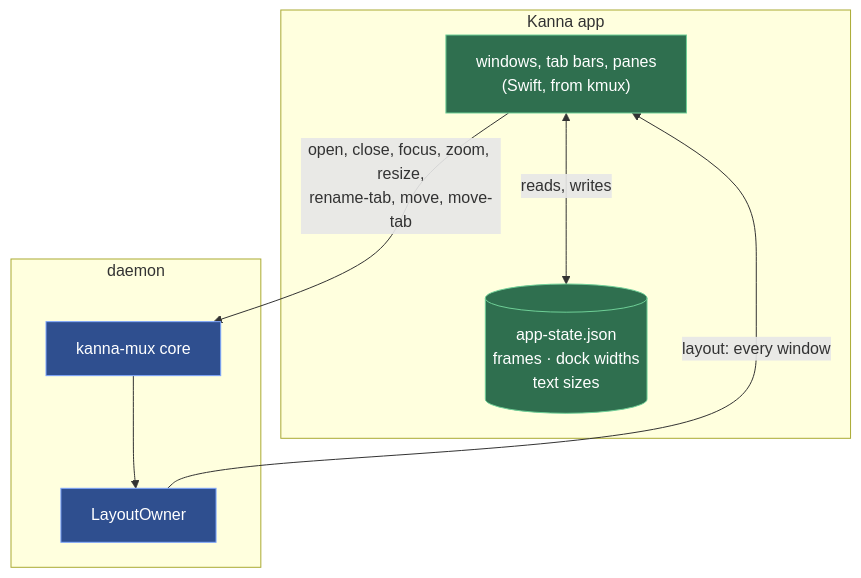
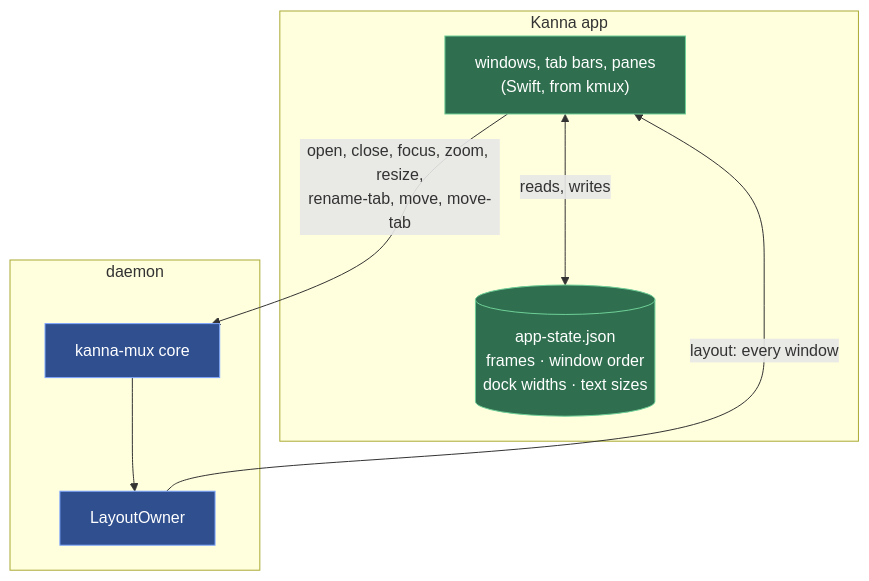
One commit to tampopogk/kanna changed the first of 2 diagrams in docs/specs/windows.md. Above: the diagram before and after it, drawn with Mermaid. The commit also changed other lines of this file and 30 other files, not shown here.

````diff
--- a/docs/specs/windows.md
+++ b/docs/specs/windows.md
@@ -28,17 +28,17 @@
 ```mermaid
 flowchart TB
     subgraph A["Kanna app"]
         UI["windows, tab bars, panes<br/>(Swift, from kmux)"]
-        PH[("app-state.json<br/>frames · dock widths<br/>text sizes")]
+        PH[("app-state.json<br/>frames · window order<br/>dock widths · text sizes")]
         UI <-->|"reads, writes"| PH
     end
     subgraph D["daemon"]
         CORE["kanna-mux core"] --> OWNER["LayoutOwner"]
     end
     UI -->|"open, close, focus, zoom, resize,<br/>rename-tab, move, move-tab"| CORE
     OWNER -->|"layout: every window"| UI
     classDef kanna fill:#2f6f4f,stroke:#6fcf97,color:#ffffff
     classDef kmux fill:#2f4f8f,stroke:#7fa7ff,color:#ffffff
     class UI,PH kanna
     class OWNER,CORE kmux
 ```
````
